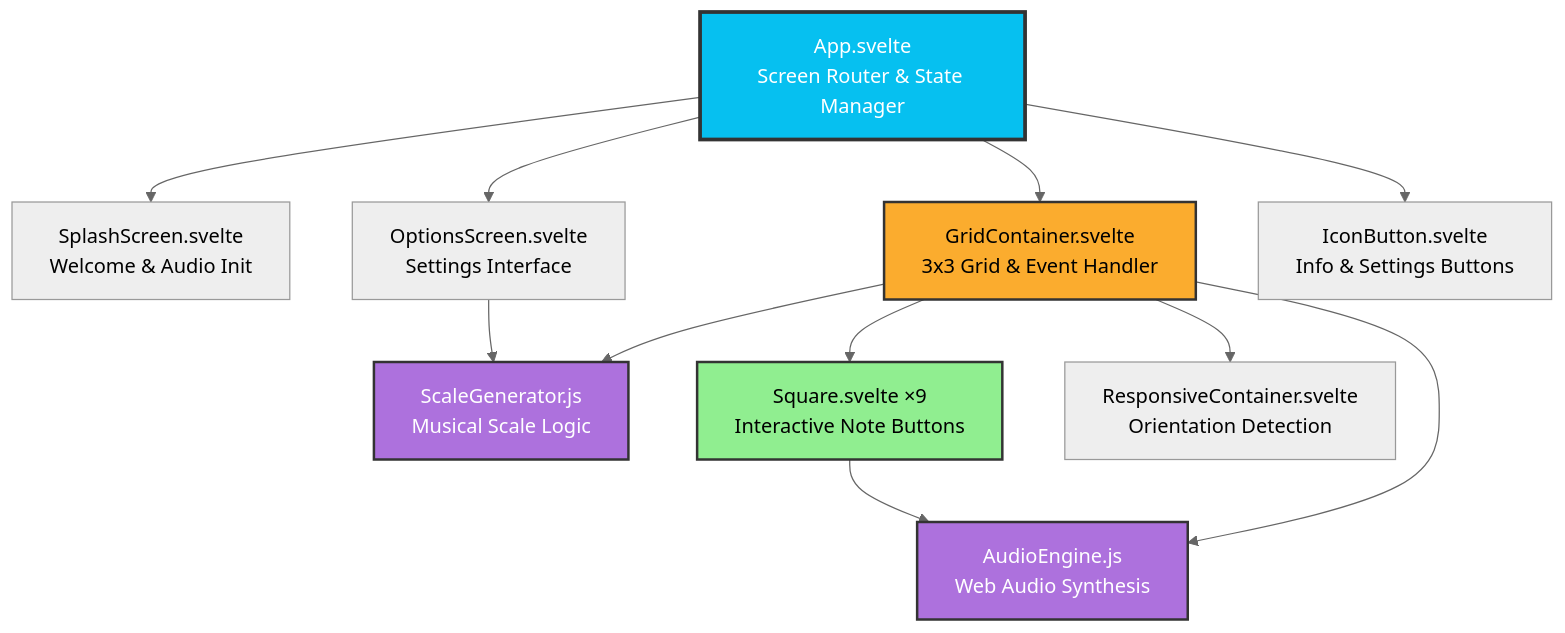
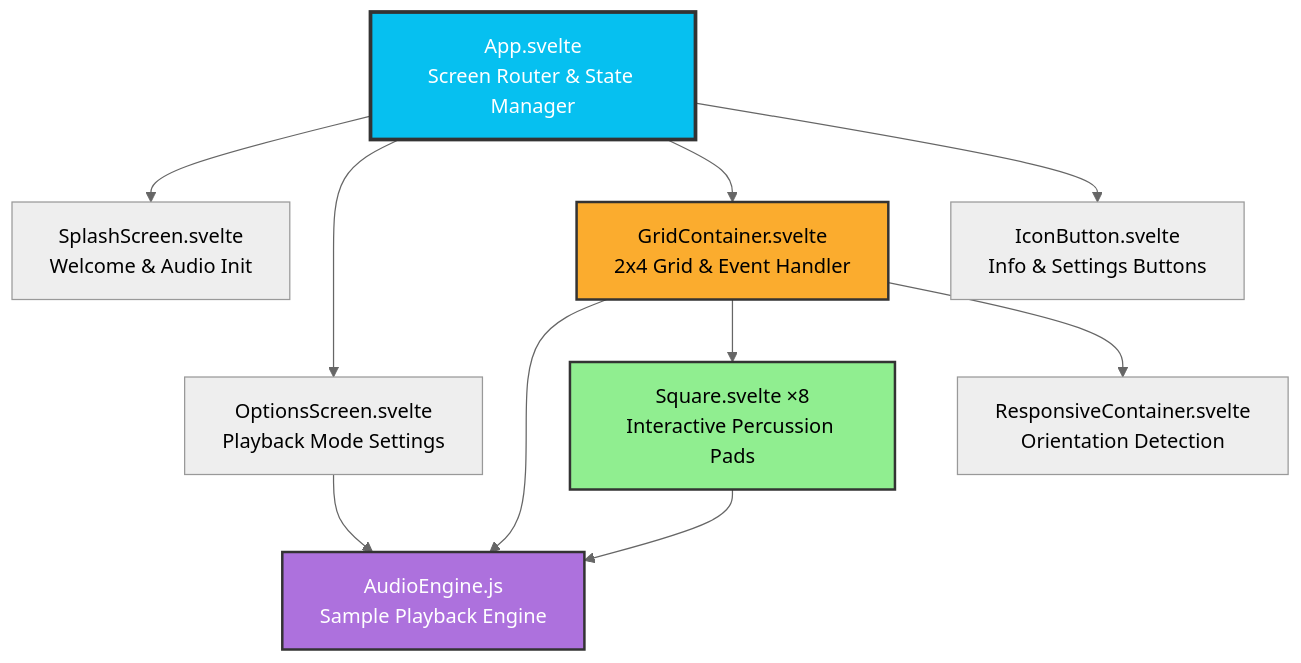
Before and after one commit to gawainhewitt/soundmakers_percussion: the diagram in README.md, drawn with Mermaid (neutral theme). The commit also changed other lines of this file and 5 other files, not shown here.

````diff
--- a/README.md
+++ b/README.md
@@ -118,24 +135,21 @@
 ```mermaid
 graph TD
     A[App.svelte<br/>Screen Router & State Manager] --> B[SplashScreen.svelte<br/>Welcome & Audio Init]
-    A --> C[OptionsScreen.svelte<br/>Settings Interface]
-    A --> D[GridContainer.svelte<br/>3x3 Grid & Event Handler]
+    A --> C[OptionsScreen.svelte<br/>Playback Mode Settings]
+    A --> D[GridContainer.svelte<br/>2x4 Grid & Event Handler]
     A --> E[IconButton.svelte<br/>Info & Settings Buttons]
     
-    D --> G[AudioEngine.js<br/>Web Audio Synthesis]
-    D --> H[ScaleGenerator.js<br/>Musical Scale Logic]
-    D --> F[Square.svelte ×9<br/>Interactive Note Buttons]
-
+    D --> G[AudioEngine.js<br/>Sample Playback Engine]
+    D --> F[Square.svelte ×8<br/>Interactive Percussion Pads]
     
-    C --> H
+    C --> G
     
     F --> G
     
     D --> I[ResponsiveContainer.svelte<br/>Orientation Detection]
     
     style A fill:#06C0F0,stroke:#333,stroke-width:3px,color:#fff
     style D fill:#FBAC2E,stroke:#333,stroke-width:2px,color:#000
     style G fill:#AD71DD,stroke:#333,stroke-width:2px,color:#fff
-    style H fill:#AD71DD,stroke:#333,stroke-width:2px,color:#fff
     style F fill:#90EE90,stroke:#333,stroke-width:2px,color:#000
 ```
````
